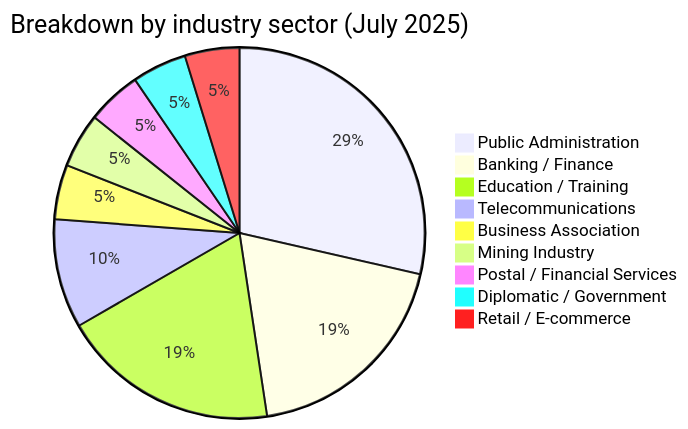
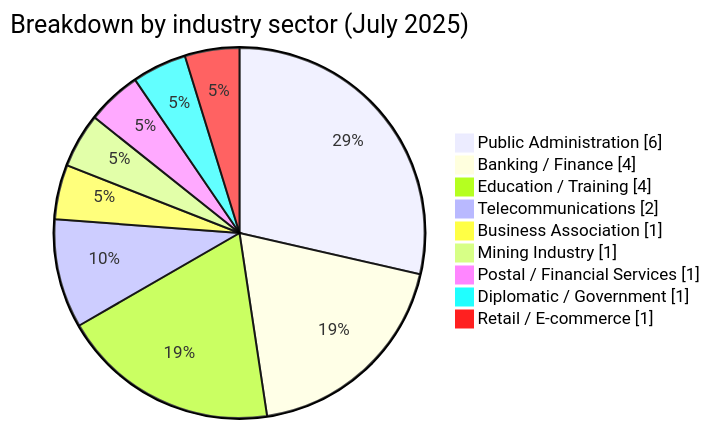
Before and after one commit to Hatchepsoute/AFRINTEL: the second of 7 diagrams in CyberAttackAfrica/2025/07-july/README.md, drawn with Mermaid. The commit also changed other lines of this file and 182 other files, not shown here.

````diff
--- a/CyberAttackAfrica/2025/07-july/README.md
+++ b/CyberAttackAfrica/2025/07-july/README.md
@@ -76,12 +79,13 @@
 ```mermaid
-pie title Breakdown by industry sector (July 2025)
+pie showData
+    title Breakdown by industry sector (July 2025)
     "Public Administration" : 6
     "Banking / Finance" : 4
     "Education / Training" : 4
     "Telecommunications" : 2
     "Business Association" : 1
     "Mining Industry" : 1
     "Postal / Financial Services" : 1
     "Diplomatic / Government" : 1
     "Retail / E-commerce" : 1
 ```
````
